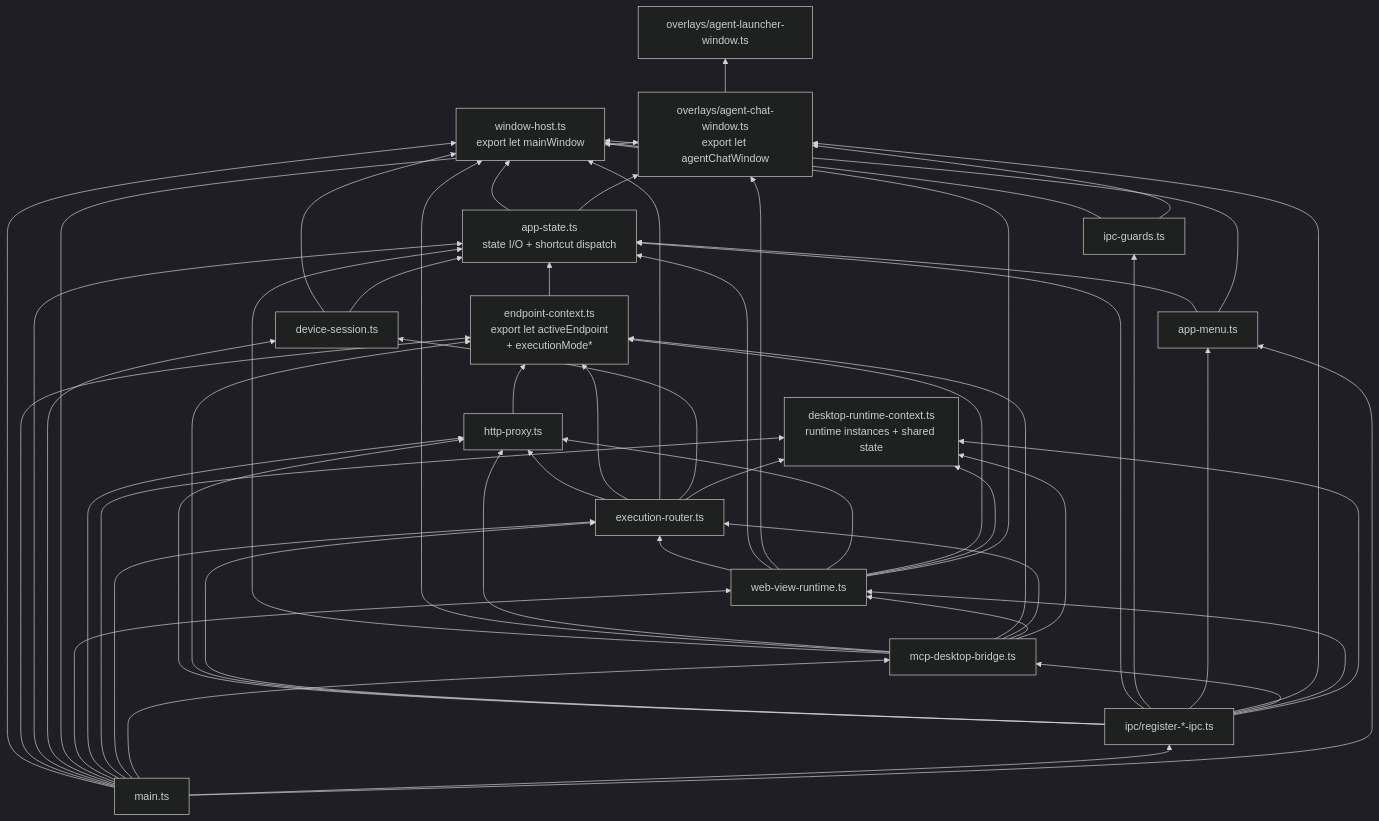
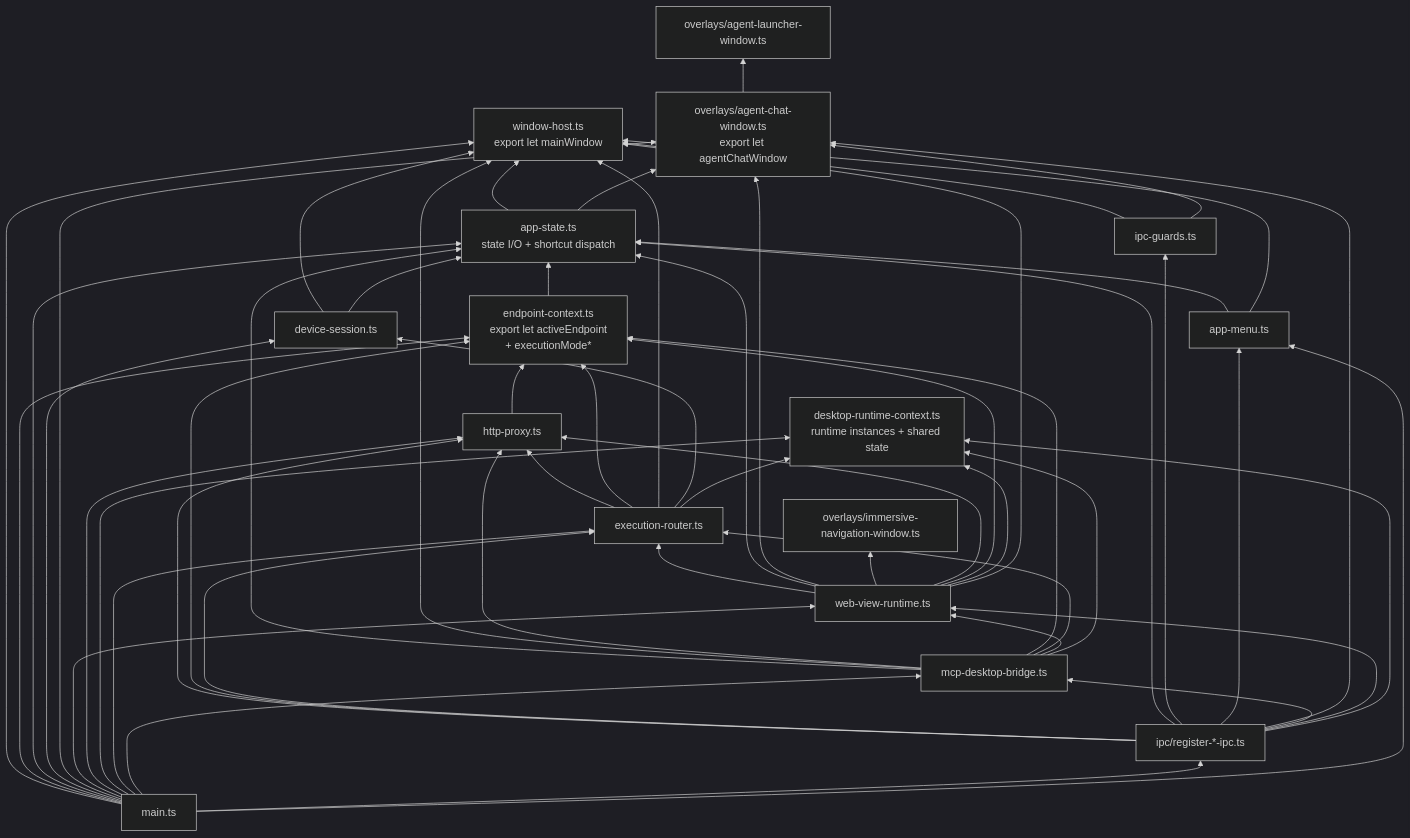
One commit to CANYOUFINDIT/viron changed the first of 4 diagrams in docs/INTERNAL-STRUCTURE-REFACTOR.md. Above: the diagram before and after it, drawn with Mermaid (dark theme). The commit also changed other lines of this file and 9 other files, not shown here.

````diff
--- a/docs/INTERNAL-STRUCTURE-REFACTOR.md
+++ b/docs/INTERNAL-STRUCTURE-REFACTOR.md
@@ -65,70 +65,72 @@
 ```mermaid
 flowchart BT
   WH["window-host.ts\nexport let mainWindow"]
   EC["endpoint-context.ts\nexport let activeEndpoint\n+ executionMode*"]
   AS["app-state.ts\nstate I/O + shortcut dispatch"]
   DS["device-session.ts"]
   Chat["overlays/agent-chat-window.ts\nexport let agentChatWindow"]
+  Immersive["overlays/immersive-navigation-window.ts"]
   Launch["overlays/agent-launcher-window.ts"]
   Guards["ipc-guards.ts"]
   Menu["app-menu.ts"]
   Web["web-view-runtime.ts"]
   HTTP["http-proxy.ts"]
   RTC["desktop-runtime-context.ts\nruntime instances + shared state"]
   Exec["execution-router.ts"]
   MCP["mcp-desktop-bridge.ts"]
   IPC["ipc/register-*-ipc.ts"]
   Main["main.ts"]
   EC --> AS
   AS --> WH
   AS --> Chat
   DS --> WH
   DS --> AS
   Chat --> Launch
   Guards --> WH
   Guards --> Chat
   Menu --> AS
   Menu --> WH
   HTTP --> EC
   Exec --> HTTP
   Exec --> EC
   Exec --> WH
   Exec --> DS
   Exec --> RTC
   MCP --> AS
   MCP --> WH
   MCP --> HTTP
   MCP --> EC
   MCP --> Exec
   MCP --> Web
   MCP --> RTC
   Web --> Exec
   Web --> AS
   Web --> Chat
+  Web --> Immersive
   Web --> HTTP
   Web --> EC
   Web --> RTC
   Web --> WH
   IPC --> HTTP
   IPC --> EC
   IPC --> Exec
   IPC --> AS
   IPC --> Guards
   IPC --> Menu
   IPC --> Chat
   IPC --> MCP
   IPC --> Web
   IPC --> RTC
   Main --> WH
   Main --> EC
   Main --> AS
   Main --> DS
   Main --> Chat
   Main --> Web
   Main --> HTTP
   Main --> RTC
   Main --> Exec
   Main --> MCP
   Main --> IPC
   Main --> Menu
 ```
````
